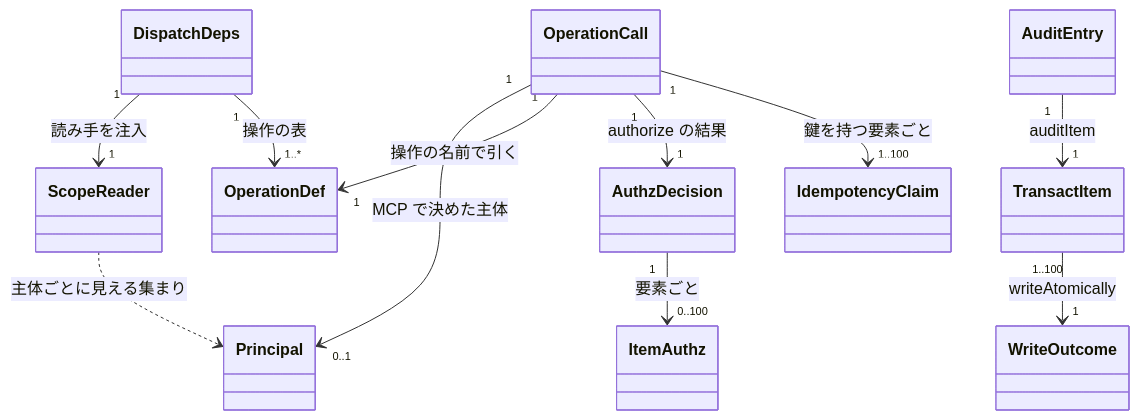
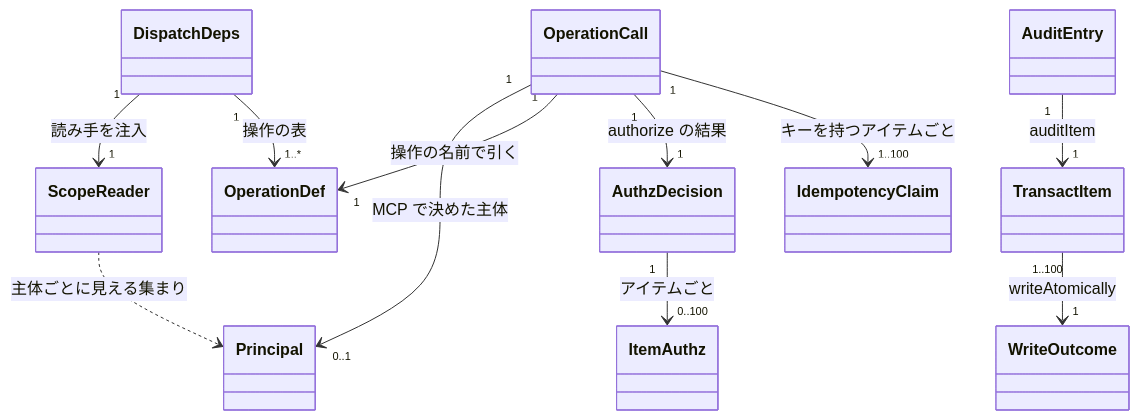
Before and after one commit to devbasex/nd-factory: the diagram in docs/design/detail.md, drawn with Mermaid. The commit also changed other lines of this file and 22 other files, not shown here.

````diff
--- a/docs/design/detail.md
+++ b/docs/design/detail.md
@@ -37,24 +37,24 @@
 ```mermaid
 classDiagram
     class OperationCall
     class Principal
     class OperationDef
     class DispatchDeps
     class ScopeReader
     class AuthzDecision
     class ItemAuthz
     class TransactItem
     class WriteOutcome
     class AuditEntry
     class IdempotencyClaim
     OperationCall "1" --> "0..1" Principal : MCP で決めた主体
     OperationCall "1" --> "1" OperationDef : 操作の名前で引く
     DispatchDeps "1" --> "1" ScopeReader : 読み手を注入
     DispatchDeps "1" --> "1..*" OperationDef : 操作の表
-    AuthzDecision "1" --> "0..100" ItemAuthz : 要素ごと
+    AuthzDecision "1" --> "0..100" ItemAuthz : アイテムごと
     OperationCall "1" --> "1" AuthzDecision : authorize の結果
-    OperationCall "1" --> "1..100" IdempotencyClaim : 鍵を持つ要素ごと
+    OperationCall "1" --> "1..100" IdempotencyClaim : キーを持つアイテムごと
     TransactItem "1..100" --> "1" WriteOutcome : writeAtomically
     AuditEntry "1" --> "1" TransactItem : auditItem
     ScopeReader ..> Principal : 主体ごとに見える集まり
 ```
````
